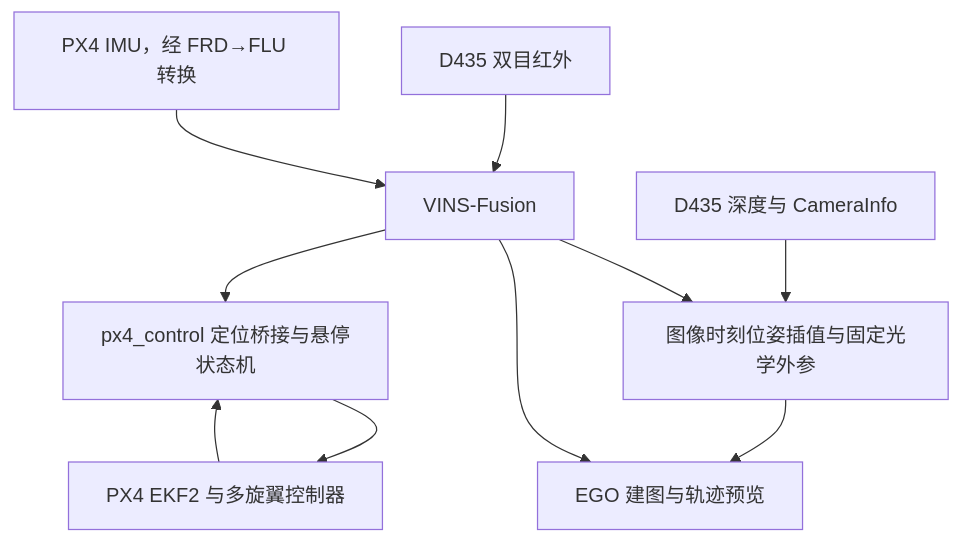
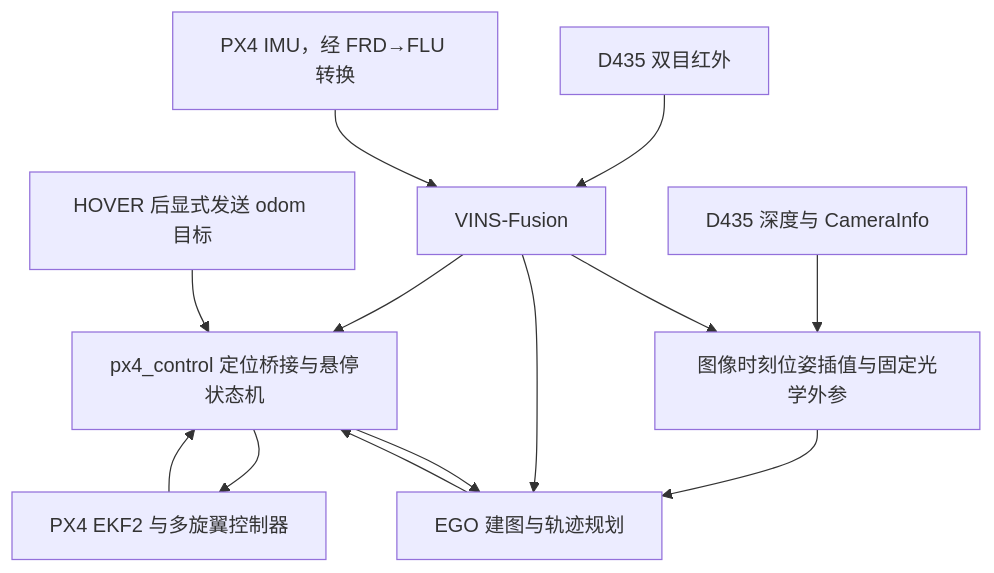
One commit to Spaaaace-yyj/RM_flying_robot_control changed the diagram in README.md. Above: the diagram before and after it, drawn with Mermaid. The commit also changed other lines of this file and 12 other files, not shown here.

````diff
--- a/README.md
+++ b/README.md
@@ -66,12 +66,15 @@
 ```mermaid
 flowchart TD
   IR["D435 双目红外"] --> V["VINS-Fusion"]
   IMU["PX4 IMU，经 FRD→FLU 转换"] --> V
   V --> B["px4_control 定位桥接与悬停状态机"]
   B --> P["PX4 EKF2 与多旋翼控制器"]
   P --> B
   D["D435 深度与 CameraInfo"] --> A["图像时刻位姿插值与固定光学外参"]
   V --> A
-  A --> E["EGO 建图与轨迹预览"]
+  A --> E["EGO 建图与轨迹规划"]
   V --> E
+  G["HOVER 后显式发送 odom 目标"] --> B
+  B --> E
+  E --> B
 ```
````
